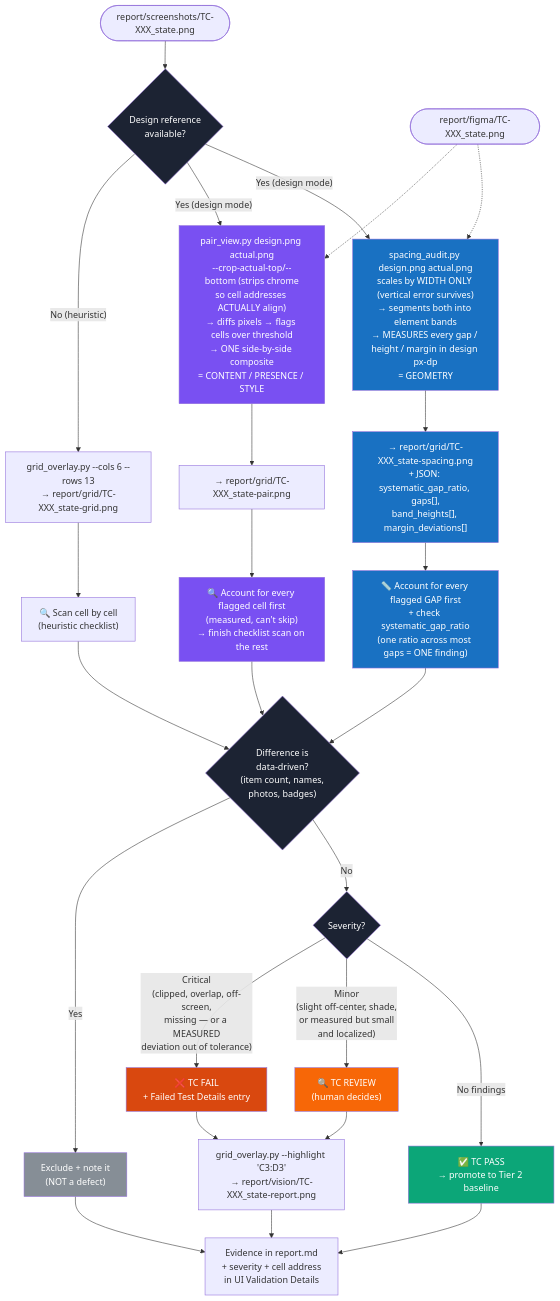
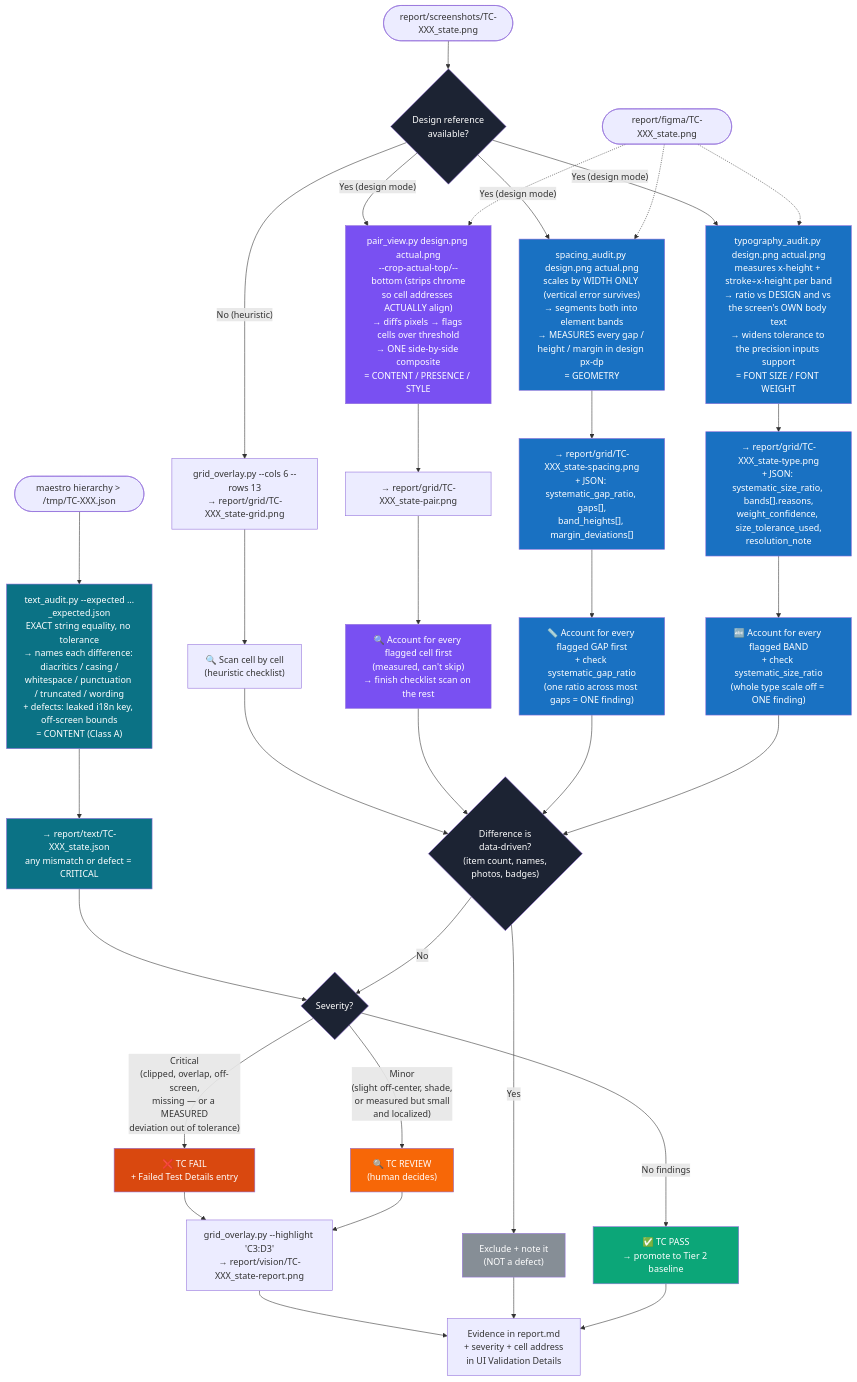
The sixth of 11 diagrams in maestro-test-executor/DOC.md (anhdo9797/my_skills), drawn with Mermaid before and after one commit. The commit also changed other lines of this file and 38 other files, not shown here.

````diff
--- a/maestro-test-executor/DOC.md
+++ b/maestro-test-executor/DOC.md
@@ -182,45 +185,58 @@
 ```mermaid
 flowchart TD
     S(["report/screenshots/TC-XXX_state.png"]) --> MODE{Design reference\navailable?}
+    H(["maestro hierarchy > /tmp/TC-XXX.json"]) --> TA["text_audit.py --expected …_expected.json\nEXACT string equality, no tolerance\n→ names each difference: diacritics / casing /\nwhitespace / punctuation / truncated / wording\n+ defects: leaked i18n key, off-screen bounds\n= CONTENT (Class A)"]
+    TA --> TXT["→ report/text/TC-XXX_state.json\nany mismatch or defect = CRITICAL"]
 
     MODE -- "No (heuristic)" --> G["grid_overlay.py --cols 6 --rows 13\n→ report/grid/TC-XXX_state-grid.png"]
     G --> SCAN["🔍 Scan cell by cell\n(heuristic checklist)"]
 
     MODE -- "Yes (design mode)" --> PV["pair_view.py design.png actual.png\n--crop-actual-top/--bottom (strips chrome\nso cell addresses ACTUALLY align)\n→ diffs pixels → flags cells over threshold\n→ ONE side-by-side composite\n= CONTENT / PRESENCE / STYLE"]
     MODE -- "Yes (design mode)" --> SA["spacing_audit.py design.png actual.png\nscales by WIDTH ONLY (vertical error survives)\n→ segments both into element bands\n→ MEASURES every gap / height / margin in design px-dp\n= GEOMETRY"]
+    MODE -- "Yes (design mode)" --> TY["typography_audit.py design.png actual.png\nmeasures x-height + stroke÷x-height per band\n→ ratio vs DESIGN and vs the screen's OWN body text\n→ widens tolerance to the precision inputs support\n= FONT SIZE / FONT WEIGHT"]
     D(["report/figma/TC-XXX_state.png"]) -.-> PV
     D -.-> SA
+    D -.-> TY
     PV --> PAIR["→ report/grid/TC-XXX_state-pair.png"]
     SA --> SPC["→ report/grid/TC-XXX_state-spacing.png\n+ JSON: systematic_gap_ratio, gaps[],\nband_heights[], margin_deviations[]"]
+    TY --> TYP["→ report/grid/TC-XXX_state-type.png\n+ JSON: systematic_size_ratio, bands[].reasons,\nweight_confidence, size_tolerance_used,\nresolution_note"]
     SPC --> SCAN0["📏 Account for every flagged GAP first\n+ check systematic_gap_ratio\n(one ratio across most gaps = ONE finding)"]
+    TYP --> SCANT["🔤 Account for every flagged BAND\n+ check systematic_size_ratio\n(whole type scale off = ONE finding)"]
     PAIR --> SCAN2["🔍 Account for every flagged cell first\n(measured, can't skip)\n→ finish checklist scan on the rest"]
 
     SCAN --> EXCL{"Difference is\ndata-driven?\n(item count, names,\nphotos, badges)"}
     SCAN2 --> EXCL
     SCAN0 --> EXCL
+    SCANT --> EXCL
+    TXT --> SEV
     EXCL -- Yes --> NOTE["Exclude + note it\n(NOT a defect)"]
     EXCL -- No --> SEV{Severity?}
 
     SEV -- "Critical\n(clipped, overlap, off-screen,\nmissing — or a MEASURED\ndeviation out of tolerance)" --> CR["❌ TC FAIL\n+ Failed Test Details entry"]
     SEV -- "Minor\n(slight off-center, shade,\nor measured but small\nand localized)" --> MI["🔍 TC REVIEW\n(human decides)"]
     SEV -- "No findings" --> OK["✅ TC PASS\n→ promote to Tier 2 baseline"]
 
     CR --> HL["grid_overlay.py --highlight 'C3:D3'\n→ report/vision/TC-XXX_state-report.png"]
     MI --> HL
     HL --> REP["Evidence in report.md\n+ severity + cell address\nin UI Validation Details"]
     NOTE --> REP
     OK --> REP
 
     style CR fill:#D9480F,color:#fff
     style MI fill:#F76707,color:#fff
     style OK fill:#0CA678,color:#fff
     style NOTE fill:#868E96,color:#fff
     style SEV fill:#1C2333,color:#fff
     style EXCL fill:#1C2333,color:#fff
     style PV fill:#7950F2,color:#fff
     style SCAN2 fill:#7950F2,color:#fff
     style SA fill:#1971C2,color:#fff
+    style TY fill:#1971C2,color:#fff
+    style TYP fill:#1971C2,color:#fff
+    style SCANT fill:#1971C2,color:#fff
+    style TA fill:#0B7285,color:#fff
+    style TXT fill:#0B7285,color:#fff
     style SPC fill:#1971C2,color:#fff
     style SCAN0 fill:#1971C2,color:#fff
     style MODE fill:#1C2333,color:#fff
 ```
````
